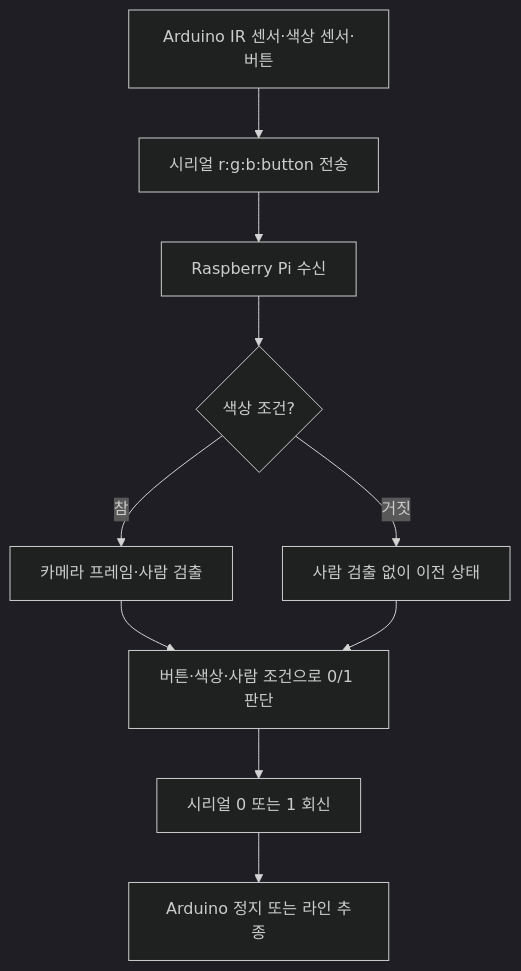
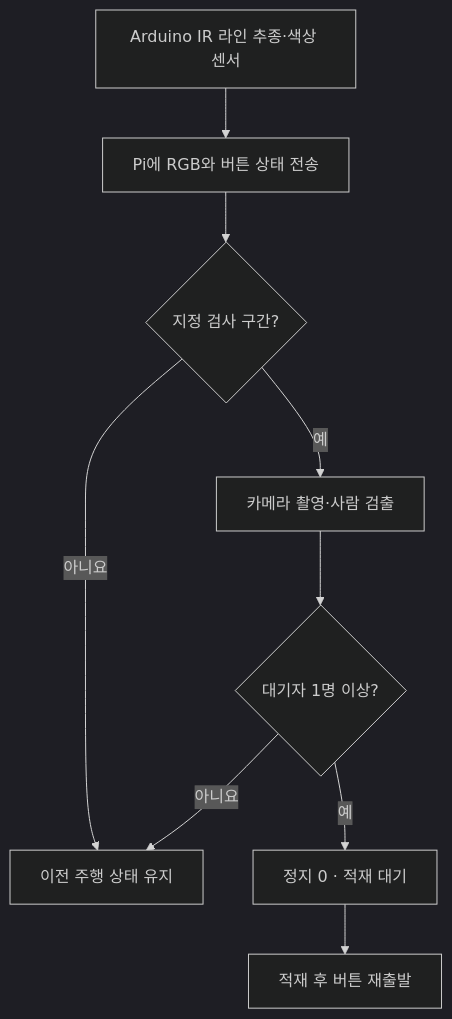
Before and after one commit to hsw-dotcom/human-aware-line-follower: the diagram in README.md, drawn with Mermaid (dark theme). The commit also changed other lines of this file and 6 other files, not shown here.

````diff
--- a/README.md
+++ b/README.md
@@ -88,12 +106,11 @@
 ```mermaid
 flowchart TD
-  A[Arduino IR 센서·색상 센서·버튼] --> B[시리얼 r:g:b:button 전송]
-  B --> C[Raspberry Pi 수신]
-  C --> D{색상 조건?}
-  D -- 참 --> E[카메라 프레임·사람 검출]
-  D -- 거짓 --> F[사람 검출 없이 이전 상태]
-  E --> G[버튼·색상·사람 조건으로 0/1 판단]
-  F --> G
-  G --> H[시리얼 0 또는 1 회신]
-  H --> I[Arduino 정지 또는 라인 추종]
+  A[Arduino IR 라인 추종·색상 센서] --> B[Pi에 RGB와 버튼 상태 전송]
+  B --> C{지정 검사 구간?}
+  C -- 아니요 --> D[이전 주행 상태 유지]
+  C -- 예 --> E[카메라 촬영·사람 검출]
+  E --> F{대기자 1명 이상?}
+  F -- 아니요 --> D
+  F -- 예 --> G[정지 0 · 적재 대기]
+  G --> H[적재 후 버튼 재출발]
 ```
````
